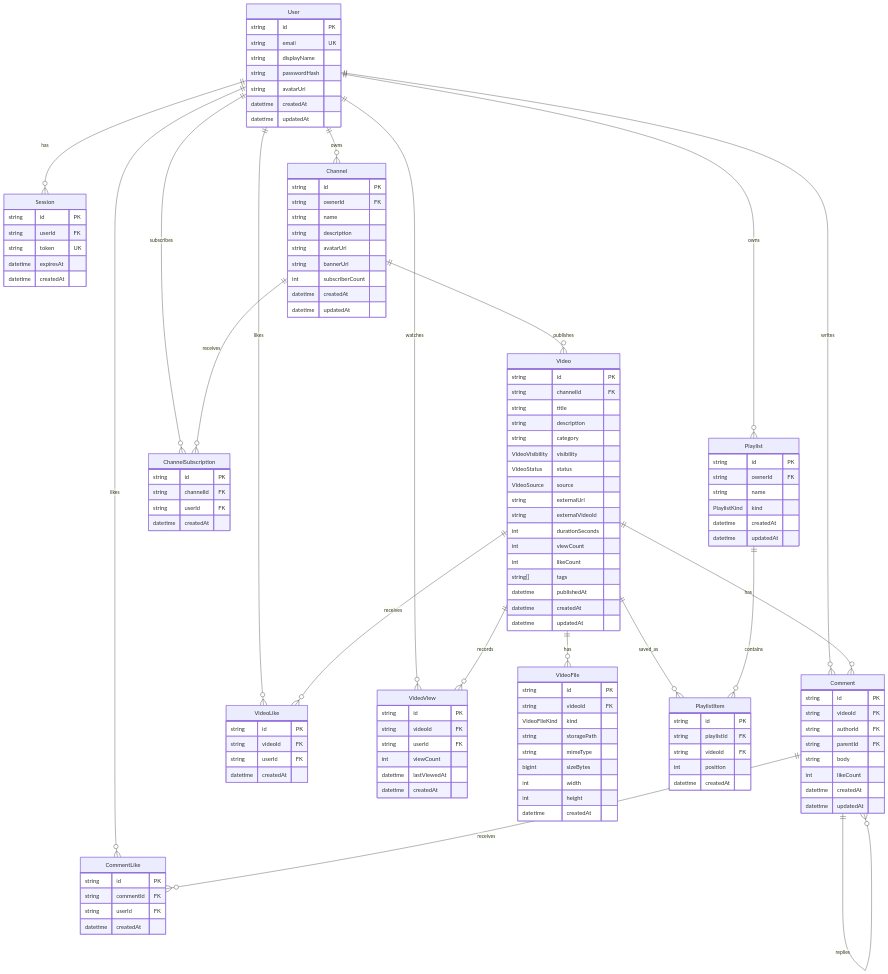
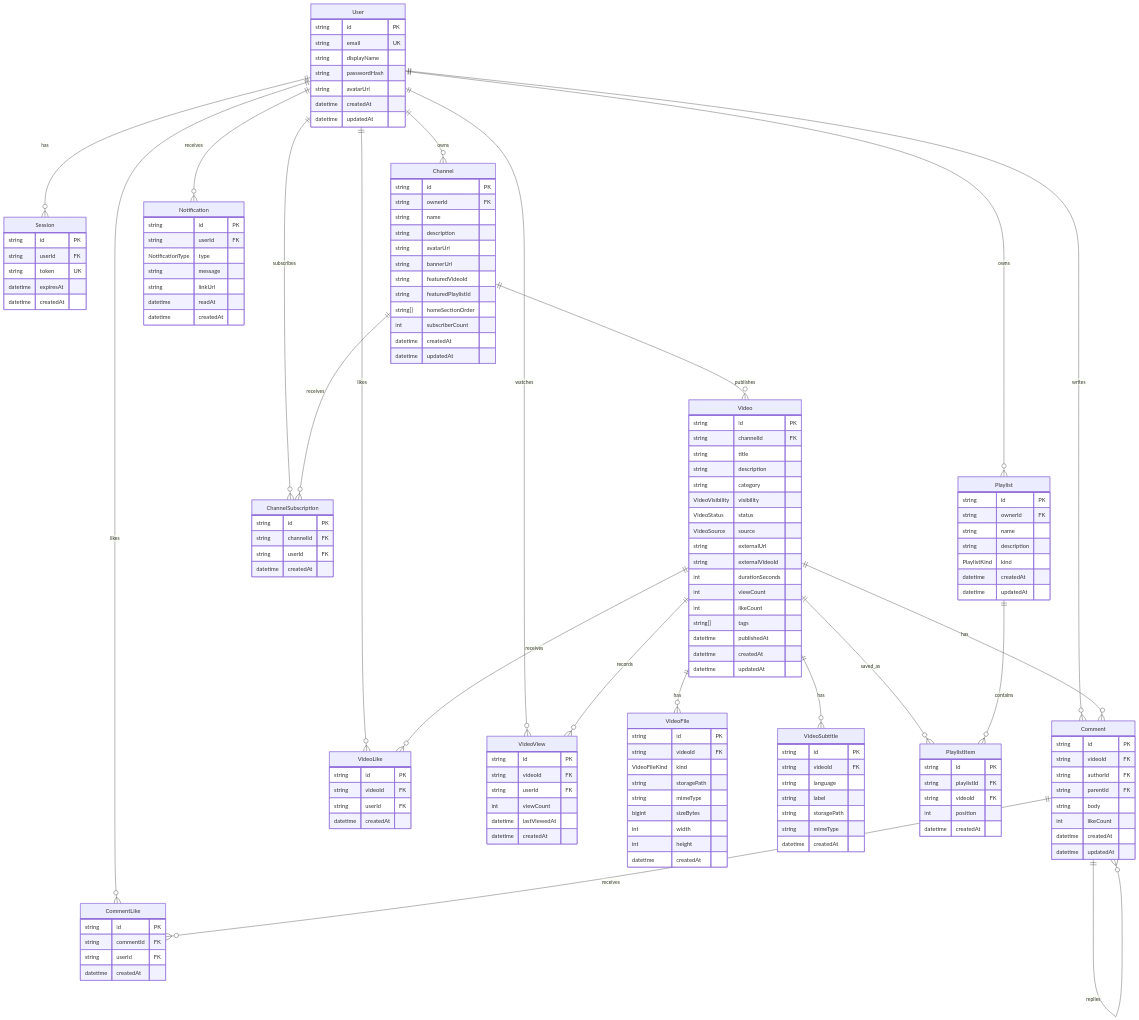
One commit to rogerthat2578/jjobtub changed the diagram in docs/database-erd.md. Above: the diagram before and after it, drawn with Mermaid. The commit also changed other lines of this file and 7 other files, not shown here.

````diff
--- a/docs/database-erd.md
+++ b/docs/database-erd.md
@@ -14,11 +14,13 @@
   User ||--o{ VideoView : watches
   User ||--o{ Playlist : owns
   User ||--o{ ChannelSubscription : subscribes
+  User ||--o{ Notification : receives
 
   Channel ||--o{ Video : publishes
   Channel ||--o{ ChannelSubscription : receives
 
   Video ||--o{ VideoFile : has
+  Video ||--o{ VideoSubtitle : has
   Video ||--o{ Comment : has
   Video ||--o{ VideoLike : receives
   Video ||--o{ VideoView : records
@@ -53,6 +55,9 @@
     string description
     string avatarUrl
     string bannerUrl
+    string featuredVideoId
+    string featuredPlaylistId
+    string[] homeSectionOrder
     int subscriberCount
     datetime createdAt
     datetime updatedAt
@@ -82,6 +87,7 @@
     string id PK
     string ownerId FK
     string name
+    string description
     PlaylistKind kind
     datetime createdAt
     datetime updatedAt
@@ -130,6 +136,16 @@
     datetime createdAt
   }
 
+  VideoSubtitle {
+    string id PK
+    string videoId FK
+    string language
+    string label
+    string storagePath
+    string mimeType
+    datetime createdAt
+  }
+
   Comment {
     string id PK
     string videoId FK
@@ -147,4 +163,14 @@
     string userId FK
     datetime createdAt
   }
+
+  Notification {
+    string id PK
+    string userId FK
+    NotificationType type
+    string message
+    string linkUrl
+    datetime readAt
+    datetime createdAt
+  }
 ```
````
